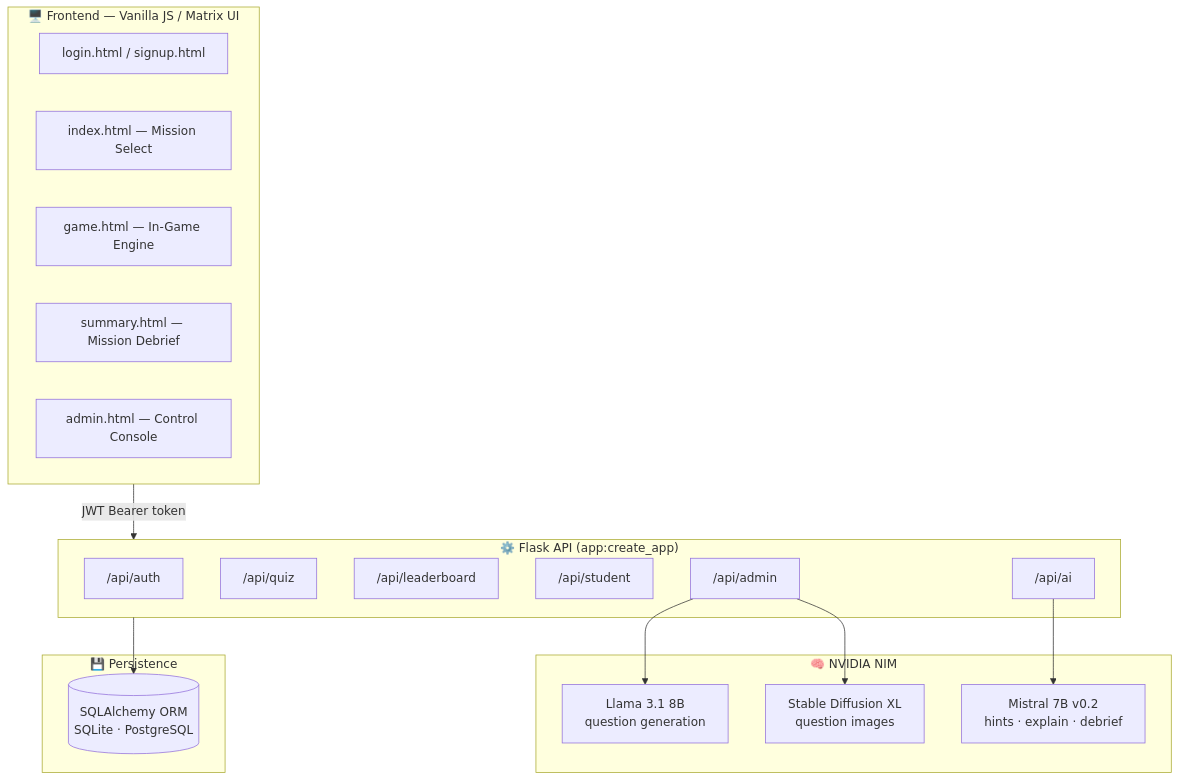
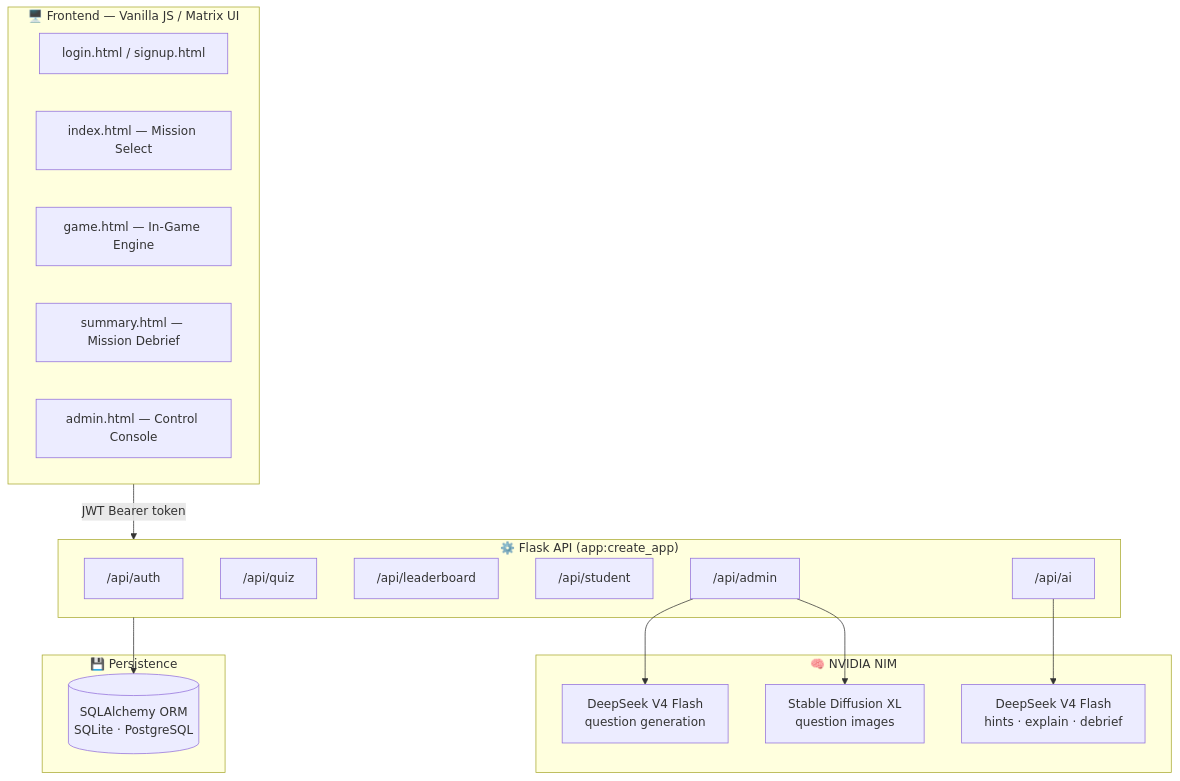
Before and after one commit to SofDev007/Code-Escape-Room: the diagram in README.md, drawn with Mermaid. The commit also changed other lines of this file and 7 other files, not shown here.

Commit message:
Rotating Ai from Mistral to DeepSeek V4

````diff
--- a/README.md
+++ b/README.md
@@ -139,35 +139,35 @@
 ```mermaid
 flowchart TD
     subgraph Client["🖥️  Frontend — Vanilla JS / Matrix UI"]
         L["login.html / signup.html"]
         I["index.html — Mission Select"]
         G["game.html — In-Game Engine"]
         S["summary.html — Mission Debrief"]
         A["admin.html — Control Console"]
     end
 
     subgraph Server["⚙️  Flask API  (app:create_app)"]
         AUTH["/api/auth"]
         QUIZ["/api/quiz"]
         LB["/api/leaderboard"]
         STU["/api/student"]
         ADM["/api/admin"]
         AI["/api/ai"]
     end
 
     subgraph Data["💾  Persistence"]
         DB[("SQLAlchemy ORM<br/>SQLite · PostgreSQL")]
     end
 
     subgraph Cloud["🧠  NVIDIA NIM"]
-        LLAMA["Llama 3.1 8B<br/>question generation"]
-        MISTRAL["Mistral 7B v0.2<br/>hints · explain · debrief"]
+        LLAMA["DeepSeek V4 Flash<br/>question generation"]
+        MISTRAL["DeepSeek V4 Flash<br/>hints · explain · debrief"]
         SDXL["Stable Diffusion XL<br/>question images"]
     end
 
     Client -->|JWT Bearer token| Server
     Server --> DB
     ADM --> LLAMA
     ADM --> SDXL
     AI --> MISTRAL
 ```
````
